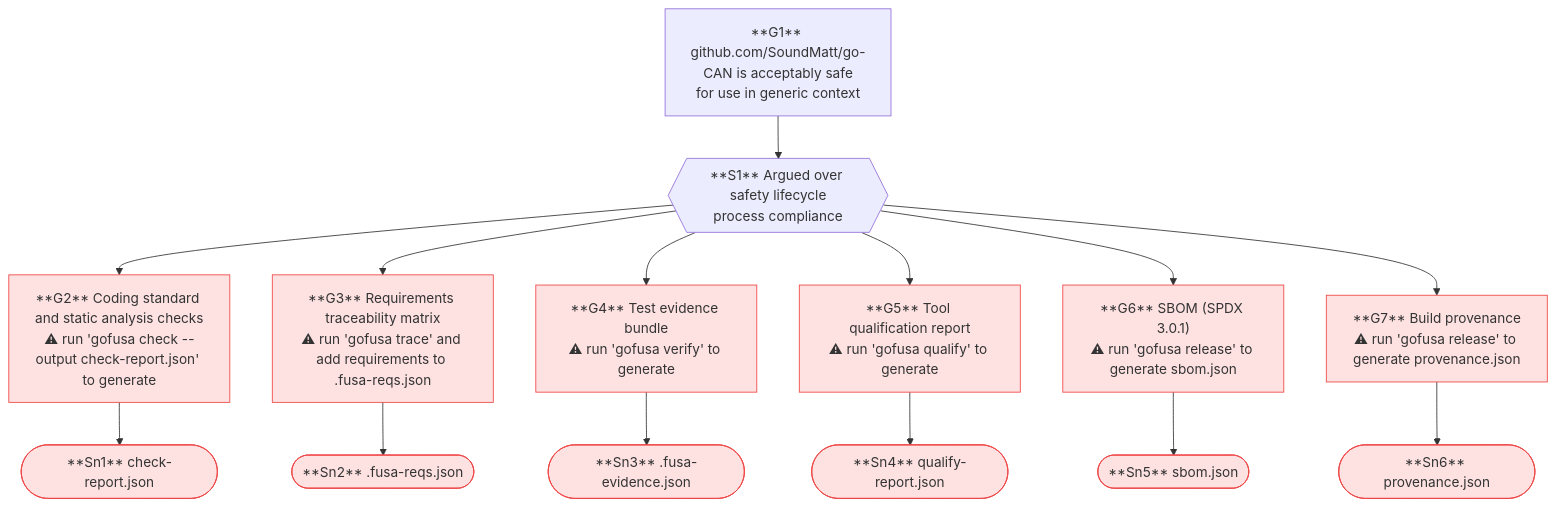
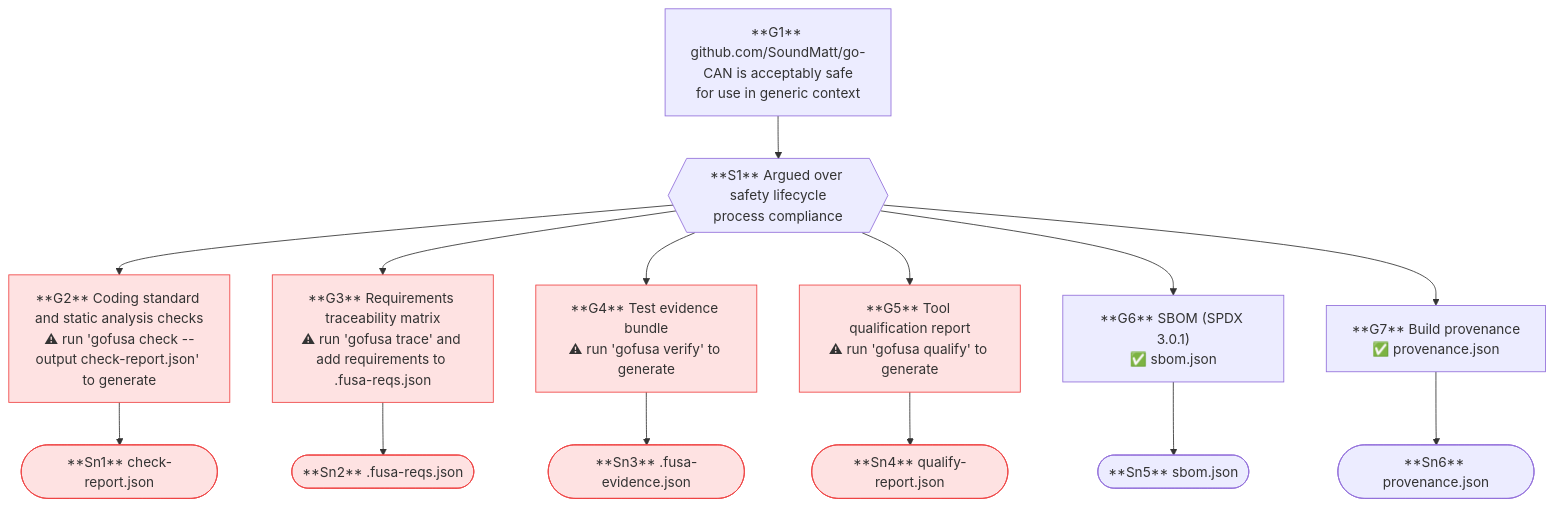
Before and after one commit to SoundMatt/go-CAN: the diagram in safety-case.mermaid, drawn with Mermaid. The commit also changed 7 other files, not shown here.

```diff
--- a/safety-case.mermaid
+++ b/safety-case.mermaid
@@ -1,40 +1,36 @@
 flowchart TD
     G1["**G1** github.com/SoundMatt/go-CAN is acceptably safe\nfor use in generic context"]
     S1{{"**S1** Argued over safety lifecycle\nprocess compliance"}}
     G2["**G2** Coding standard and static analysis checks\n⚠ run 'gofusa check --output check-report.json' to generate"]
     Sn1(["**Sn1** check-report.json"])
     G3["**G3** Requirements traceability matrix\n⚠ run 'gofusa trace' and add requirements to .fusa-reqs.json"]
     Sn2(["**Sn2** .fusa-reqs.json"])
     G4["**G4** Test evidence bundle\n⚠ run 'gofusa verify' to generate"]
     Sn3(["**Sn3** .fusa-evidence.json"])
     G5["**G5** Tool qualification report\n⚠ run 'gofusa qualify' to generate"]
     Sn4(["**Sn4** qualify-report.json"])
-    G6["**G6** SBOM (SPDX 3.0.1)\n⚠ run 'gofusa release' to generate sbom.json"]
+    G6["**G6** SBOM (SPDX 3.0.1)\n✅ sbom.json"]
     Sn5(["**Sn5** sbom.json"])
-    G7["**G7** Build provenance\n⚠ run 'gofusa release' to generate provenance.json"]
+    G7["**G7** Build provenance\n✅ provenance.json"]
     Sn6(["**Sn6** provenance.json"])
     G1 --> S1
     S1 --> G2
     S1 --> G3
     S1 --> G4
     S1 --> G5
     S1 --> G6
     S1 --> G7
     G2 --> Sn1
     G3 --> Sn2
     G4 --> Sn3
     G5 --> Sn4
     G6 --> Sn5
     G7 --> Sn6
     style G2 fill:#fee2e2,stroke:#ef4444
     style Sn1 fill:#fee2e2,stroke:#ef4444
     style G3 fill:#fee2e2,stroke:#ef4444
     style Sn2 fill:#fee2e2,stroke:#ef4444
     style G4 fill:#fee2e2,stroke:#ef4444
     style Sn3 fill:#fee2e2,stroke:#ef4444
     style G5 fill:#fee2e2,stroke:#ef4444
     style Sn4 fill:#fee2e2,stroke:#ef4444
-    style G6 fill:#fee2e2,stroke:#ef4444
-    style Sn5 fill:#fee2e2,stroke:#ef4444
-    style G7 fill:#fee2e2,stroke:#ef4444
-    style Sn6 fill:#fee2e2,stroke:#ef4444
```
